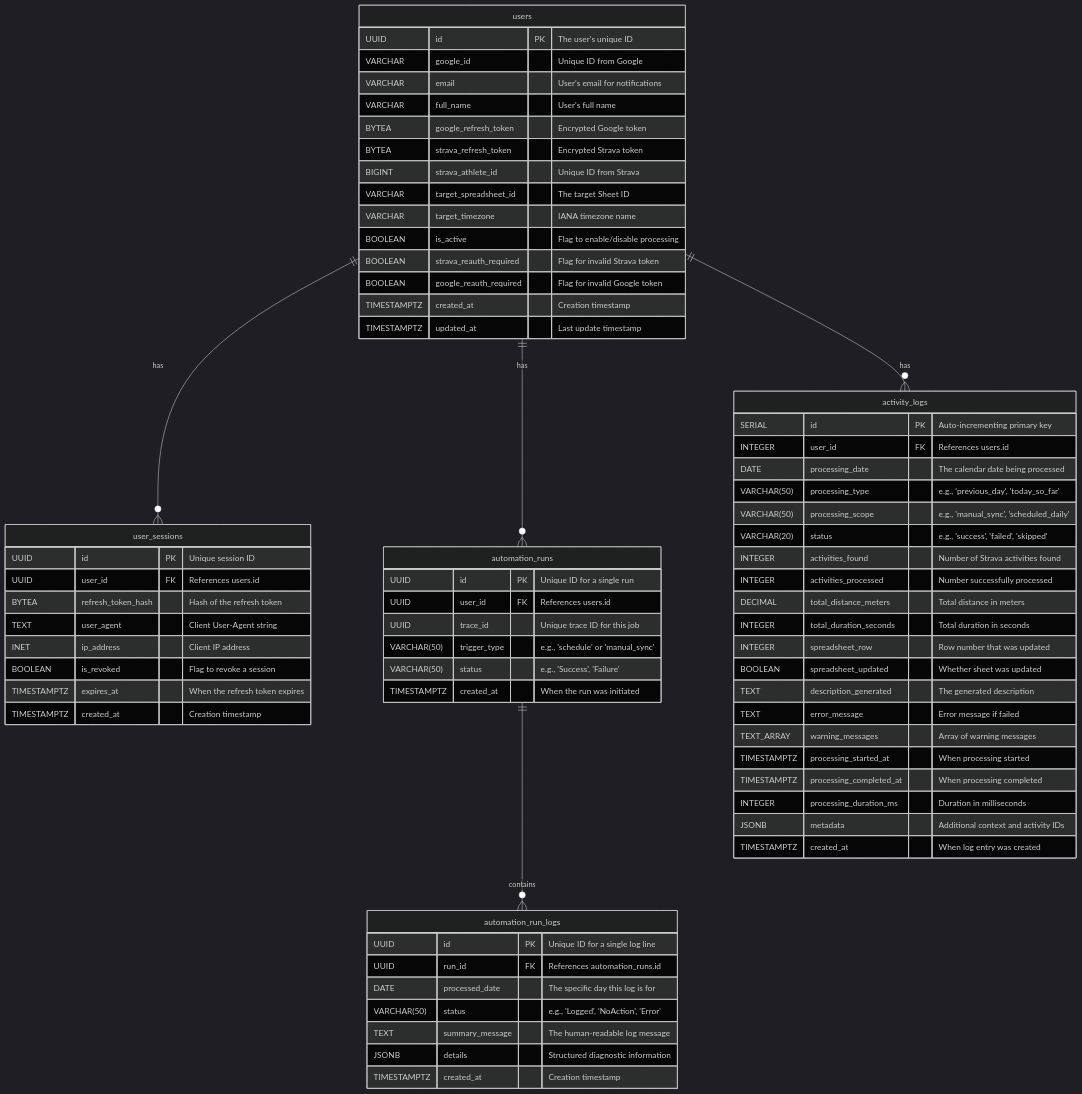
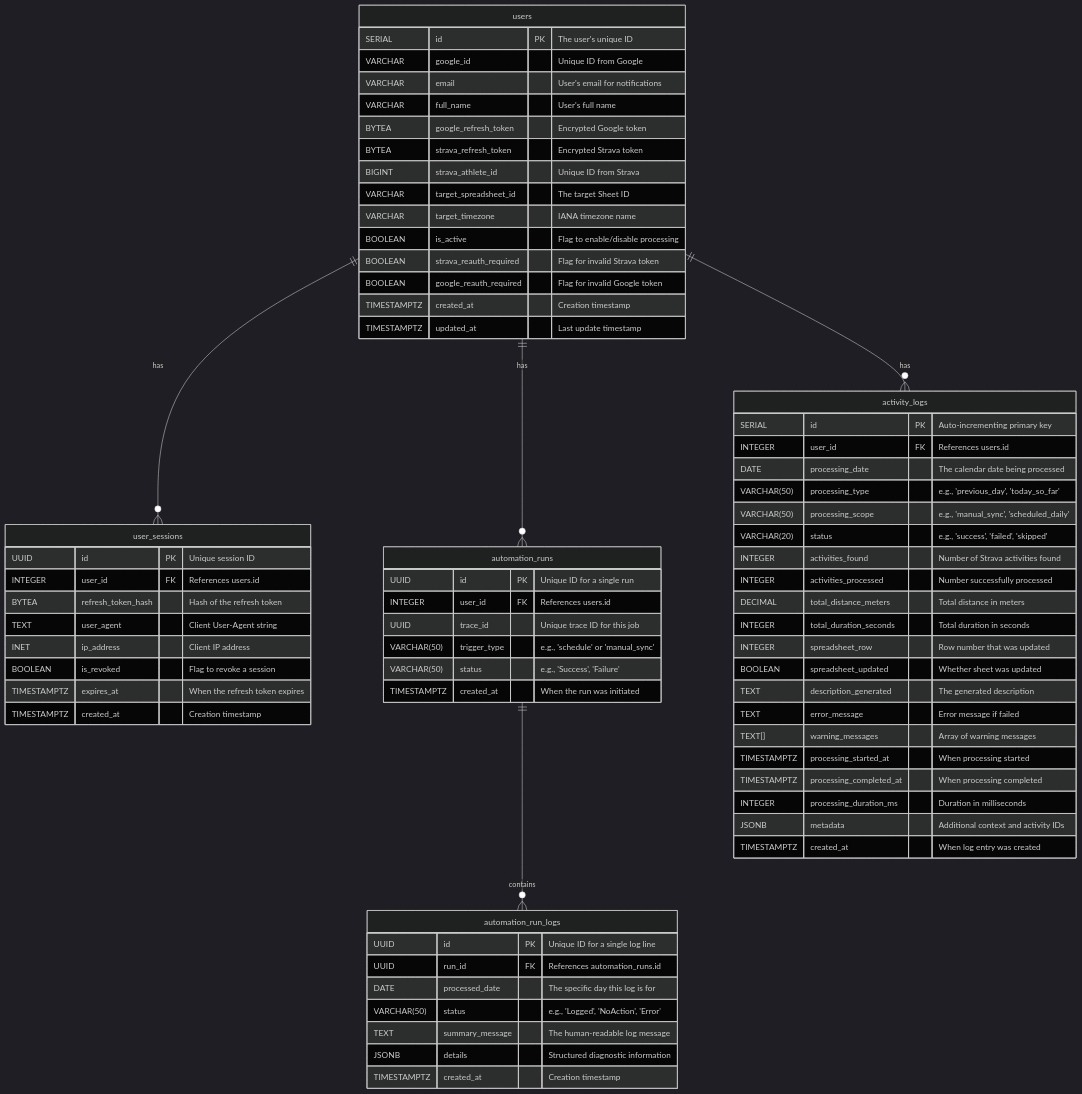
The sixth of 6 diagrams in docs/SDD.md (Perseverance/the-academy-sync-claude), drawn with Mermaid (dark theme) before and after one commit. The commit also changed other lines of this file, not shown here.

Commit message:
Fix type inconsistencies in SDD database schema
- Change users.id from UUID to SERIAL to match actual database schema
- Update all foreign key references (user_id) from UUID to INTEGER
- Fix TEXT_ARRAY to TEXT[] for PostgreSQL array type consistency
- Affects tables: users, user_sessions, automation_runs, activity_logs

This aligns the SDD documentation with the actual database migrations
where users.id is defined as SERIAL (auto-incrementing integer).

🤖 Generated with [Claude Code](https://claude.ai/code)

````diff
--- a/docs/SDD.md
+++ b/docs/SDD.md
@@ -555,77 +555,77 @@
 ```mermaid
 erDiagram
     users {
-        UUID id PK "The user's unique ID"
+        SERIAL id PK "The user's unique ID"
         VARCHAR google_id "Unique ID from Google"
         VARCHAR email "User's email for notifications"
         VARCHAR full_name "User's full name"
         BYTEA google_refresh_token "Encrypted Google token"
         BYTEA strava_refresh_token "Encrypted Strava token"
         BIGINT strava_athlete_id "Unique ID from Strava"
         VARCHAR target_spreadsheet_id "The target Sheet ID"
         VARCHAR target_timezone "IANA timezone name"
         BOOLEAN is_active "Flag to enable/disable processing"
         BOOLEAN strava_reauth_required "Flag for invalid Strava token"
         BOOLEAN google_reauth_required "Flag for invalid Google token"
         TIMESTAMPTZ created_at "Creation timestamp"
         TIMESTAMPTZ updated_at "Last update timestamp"
     }
 
     user_sessions {
         UUID id PK "Unique session ID"
-        UUID user_id FK "References users.id"
+        INTEGER user_id FK "References users.id"
         BYTEA refresh_token_hash "Hash of the refresh token"
         TEXT user_agent "Client User-Agent string"
         INET ip_address "Client IP address"
         BOOLEAN is_revoked "Flag to revoke a session"
         TIMESTAMPTZ expires_at "When the refresh token expires"
         TIMESTAMPTZ created_at "Creation timestamp"
     }
 
     automation_runs {
         UUID id PK "Unique ID for a single run"
-        UUID user_id FK "References users.id"
+        INTEGER user_id FK "References users.id"
         UUID trace_id "Unique trace ID for this job"
         VARCHAR(50) trigger_type "e.g., 'schedule' or 'manual_sync'"
         VARCHAR(50) status "e.g., 'Success', 'Failure'"
         TIMESTAMPTZ created_at "When the run was initiated"
     }
 
     automation_run_logs {
         UUID id PK "Unique ID for a single log line"
         UUID run_id FK "References automation_runs.id"
         DATE processed_date "The specific day this log is for"
         VARCHAR(50) status "e.g., 'Logged', 'NoAction', 'Error'"
         TEXT summary_message "The human-readable log message"
         JSONB details "Structured diagnostic information"
         TIMESTAMPTZ created_at "Creation timestamp"
     }
 
     activity_logs {
         SERIAL id PK "Auto-incrementing primary key"
         INTEGER user_id FK "References users.id"
         DATE processing_date "The calendar date being processed"
         VARCHAR(50) processing_type "e.g., 'previous_day', 'today_so_far'"
         VARCHAR(50) processing_scope "e.g., 'manual_sync', 'scheduled_daily'"
         VARCHAR(20) status "e.g., 'success', 'failed', 'skipped'"
         INTEGER activities_found "Number of Strava activities found"
         INTEGER activities_processed "Number successfully processed"
         DECIMAL total_distance_meters "Total distance in meters"
         INTEGER total_duration_seconds "Total duration in seconds"
         INTEGER spreadsheet_row "Row number that was updated"
         BOOLEAN spreadsheet_updated "Whether sheet was updated"
         TEXT description_generated "The generated description"
         TEXT error_message "Error message if failed"
-        TEXT_ARRAY warning_messages "Array of warning messages"
+        TEXT[] warning_messages "Array of warning messages"
         TIMESTAMPTZ processing_started_at "When processing started"
         TIMESTAMPTZ processing_completed_at "When processing completed"
         INTEGER processing_duration_ms "Duration in milliseconds"
         JSONB metadata "Additional context and activity IDs"
         TIMESTAMPTZ created_at "When log entry was created"
     }
 
     users ||--o{ user_sessions : "has"
     users ||--o{ automation_runs : "has"
     users ||--o{ activity_logs : "has"
     automation_runs ||--o{ automation_run_logs : "contains"
 ```
````
